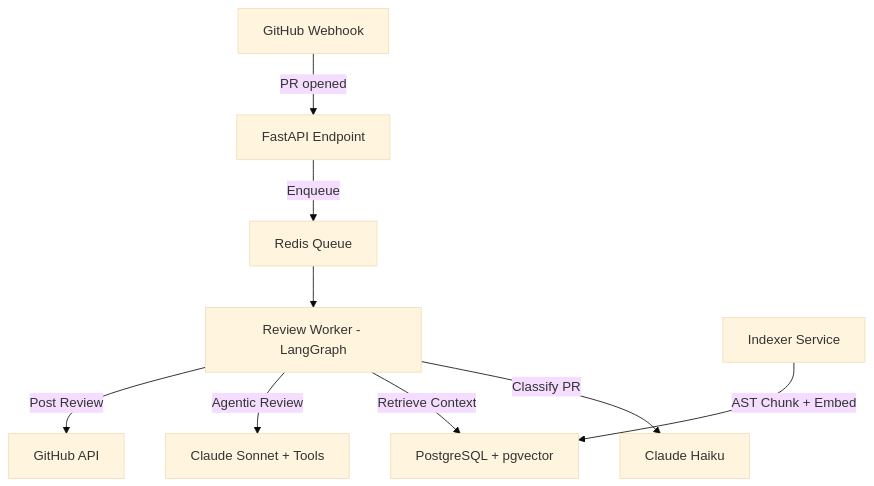
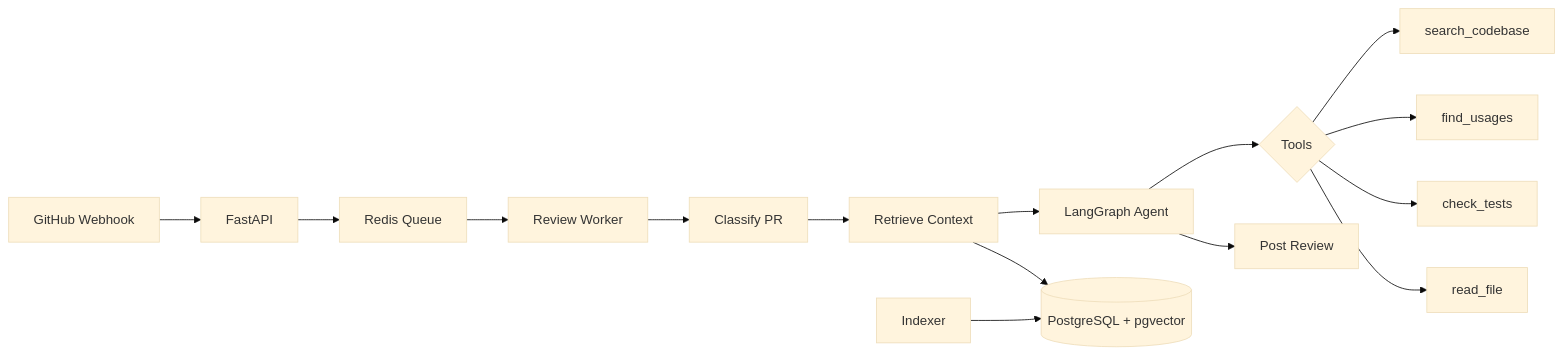
Before and after one commit to mara-werils/ai-code-reviewer: the diagram in README.md, drawn with Mermaid (base theme). The commit also changed other lines of this file and 35 other files, not shown here.

First line of the commit message:
Transform into GitHub Action with multi-provider LLM support

````diff
--- a/README.md
+++ b/README.md
@@ -18,11 +299,17 @@
 ```mermaid
-graph TD
-    A[GitHub Webhook] -->|PR opened| B[FastAPI Endpoint]
-    B -->|Enqueue| C[Redis Queue]
-    C --> D[Review Worker - LangGraph]
-    D -->|Classify PR| E[Claude Haiku]
-    D -->|Retrieve Context| F[PostgreSQL + pgvector]
-    D -->|Agentic Review| G[Claude Sonnet + Tools]
-    D -->|Post Review| H[GitHub API]
-    I[Indexer Service] -->|AST Chunk + Embed| F
+graph LR
+    A[GitHub Webhook] --> B[FastAPI]
+    B --> C[Redis Queue]
+    C --> D[Review Worker]
+    D --> E[Classify PR]
+    E --> F[Retrieve Context]
+    F --> G[LangGraph Agent]
+    G --> H{Tools}
+    H --> I[search_codebase]
+    H --> J[find_usages]
+    H --> K[check_tests]
+    H --> L[read_file]
+    G --> M[Post Review]
+    N[Indexer] --> O[(PostgreSQL + pgvector)]
+    F --> O
 ```
````
